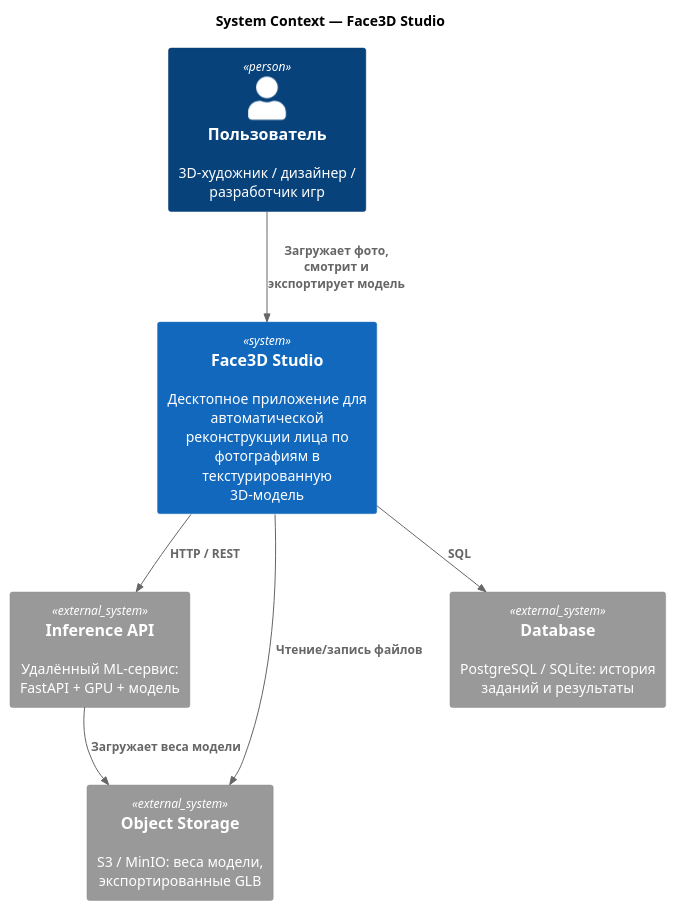
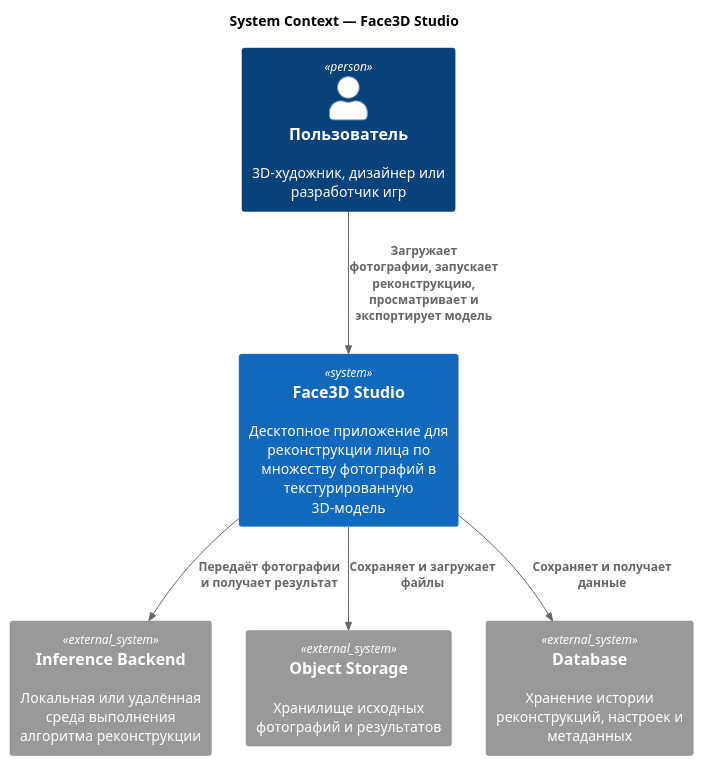
The diagram in docs/architecture/c4_l1.puml (alexeyavdeenok/face3d), drawn with PlantUML before and after one commit. The commit also changed other lines of this file and 18 other files, not shown here.

Commit message:
start design new diagram

```diff
--- a/docs/architecture/c4_l1.puml
+++ b/docs/architecture/c4_l1.puml
@@ -1,20 +2,21 @@
 @startuml
 !include <C4/C4_Context>
 
 title System Context — Face3D Studio
 
-Person(user, "Пользователь", "3D-художник / дизайнер / разработчик игр")
+Person(user, "Пользователь", "3D-художник, дизайнер или разработчик игр")
 
-System(app, "Face3D Studio", "Десктопное приложение для автоматической реконструкции лица по фотографиям в текстурированную 3D-модель")
+System(face3d, "Face3D Studio", "Десктопное приложение для реконструкции лица по множеству фотографий в текстурированную 3D-модель")
 
-System_Ext(api, "Inference API", "Удалённый ML-сервис: FastAPI + GPU + модель")
-System_Ext(storage, "Object Storage", "S3 / MinIO: веса модели, экспортированные GLB")
-System_Ext(db, "Database", "PostgreSQL / SQLite: история заданий и результаты")
+System_Ext(inference, "Inference Backend", "Локальная или удалённая среда выполнения алгоритма реконструкции")
 
-Rel(user, app, "Загружает фото,\nсмотрит и экспортирует модель")
-Rel(app, api, "HTTP / REST")
-Rel(app, db, "SQL")
-Rel(app, storage, "Чтение/запись файлов")
-Rel(api, storage, "Загружает веса модели")
+System_Ext(objectStorage, "Object Storage", "Хранилище исходных фотографий и результатов")
+
+System_Ext(database, "Database", "Хранение истории реконструкций, настроек и метаданных")
+
+Rel(user, face3d, "Загружает фотографии, запускает реконструкцию, просматривает и экспортирует модель")
+Rel(face3d, inference, "Передаёт фотографии и получает результат")
+Rel(face3d, objectStorage, "Сохраняет и загружает файлы")
+Rel(face3d, database, "Сохраняет и получает данные")
 
 @enduml
```
